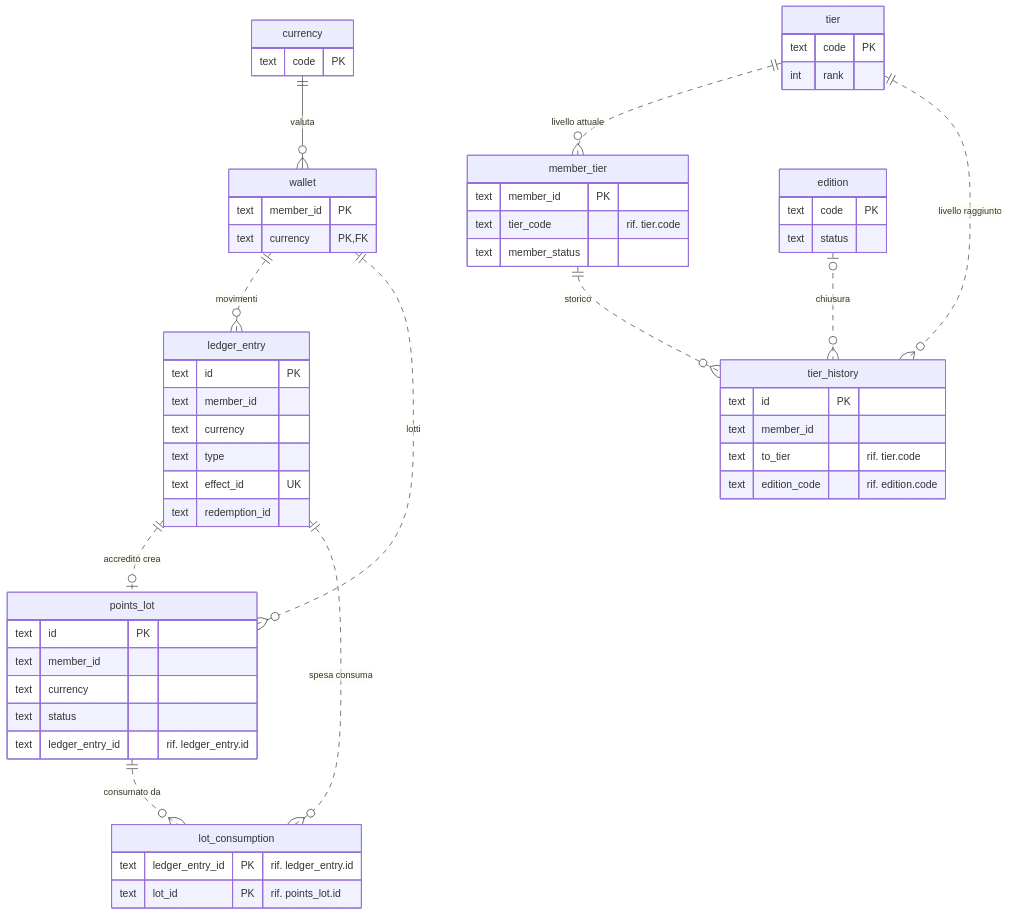
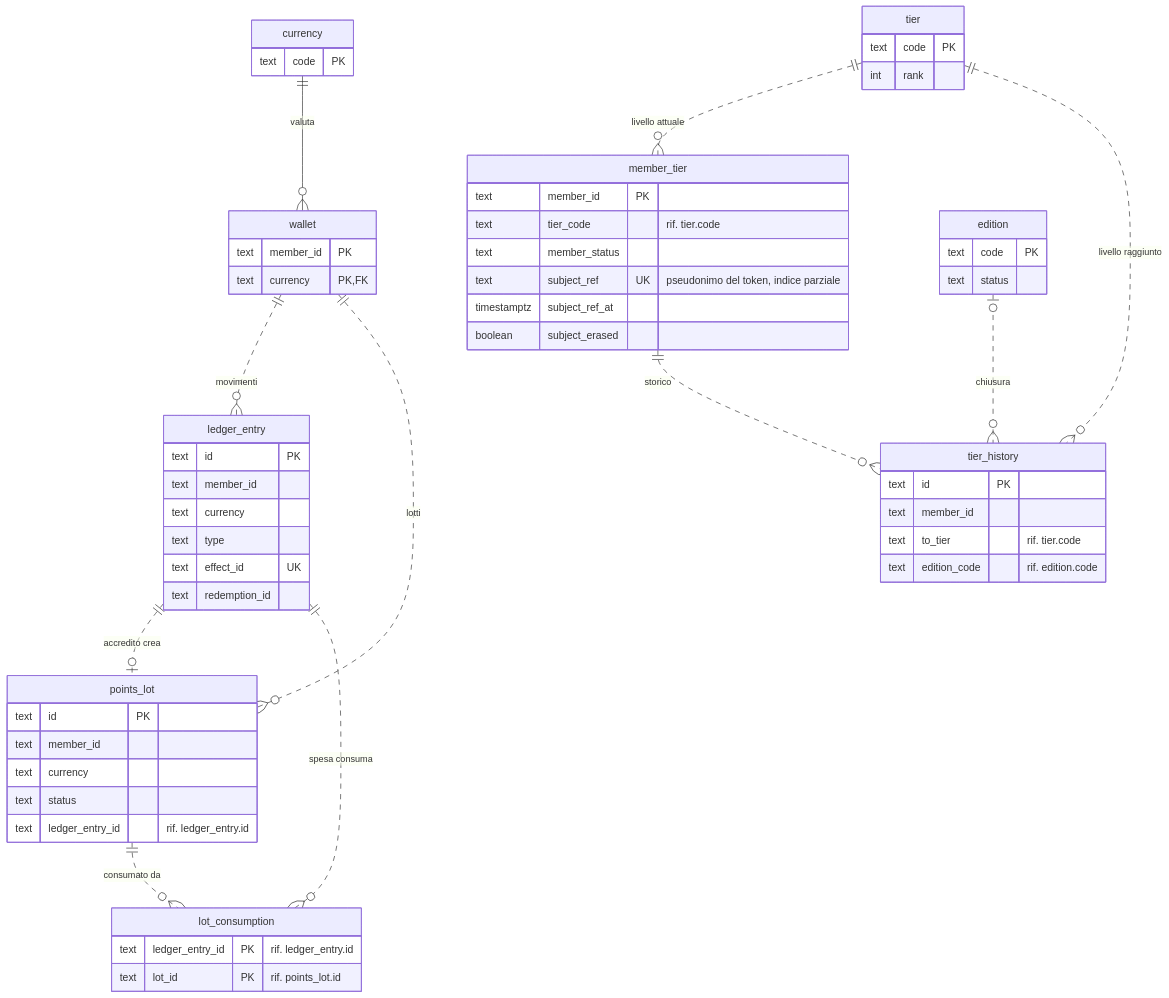
The first of 2 diagrams in docs/servizi/wallet-service.md (peppe-ruv/Loyalty_Sys), drawn with Mermaid before and after one commit. The commit also changed other lines of this file and 21 other files, not shown here.

First line of the commit message:
feat(wallet): proiezione subjectRef→membro e API del portale dal MemberPrincipal [F2-SEC-09, ADR-048, Q-410, Q-493, Q-550, Q-553]

````diff
--- a/docs/servizi/wallet-service.md
+++ b/docs/servizi/wallet-service.md
@@ -24,60 +24,63 @@
 ```mermaid
 erDiagram
   accTitle: Tabelle dello schema wallet
   accDescr: Ogni wallet è una coppia membro e valuta con i suoi movimenti e lotti; un movimento di accredito crea un lotto e una spesa consuma lotti; il livello del membro rimanda alla scala dei tier e lo storico dei livelli alla edizione che li ha chiusi.
   currency {
     text code PK
   }
   wallet {
     text member_id PK
     text currency PK, FK
   }
   ledger_entry {
     text id PK
     text member_id
     text currency
     text type
     text effect_id UK
     text redemption_id
   }
   points_lot {
     text id PK
     text member_id
     text currency
     text status
     text ledger_entry_id "rif. ledger_entry.id"
   }
   lot_consumption {
     text ledger_entry_id PK "rif. ledger_entry.id"
     text lot_id PK "rif. points_lot.id"
   }
   tier {
     text code PK
     int rank
   }
   member_tier {
     text member_id PK
     text tier_code "rif. tier.code"
     text member_status
+    text subject_ref UK "pseudonimo del token, indice parziale"
+    timestamptz subject_ref_at
+    boolean subject_erased
   }
   tier_history {
     text id PK
     text member_id
     text to_tier "rif. tier.code"
     text edition_code "rif. edition.code"
   }
   edition {
     text code PK
     text status
   }
   currency ||--o{ wallet : "valuta"
   wallet ||..o{ ledger_entry : "movimenti"
   wallet ||..o{ points_lot : "lotti"
   ledger_entry ||..o| points_lot : "accredito crea"
   ledger_entry ||..o{ lot_consumption : "spesa consuma"
   points_lot ||..o{ lot_consumption : "consumato da"
   tier ||..o{ member_tier : "livello attuale"
   member_tier ||..o{ tier_history : "storico"
   tier ||..o{ tier_history : "livello raggiunto"
   edition |o..o{ tier_history : "chiusura"
 ```
````
